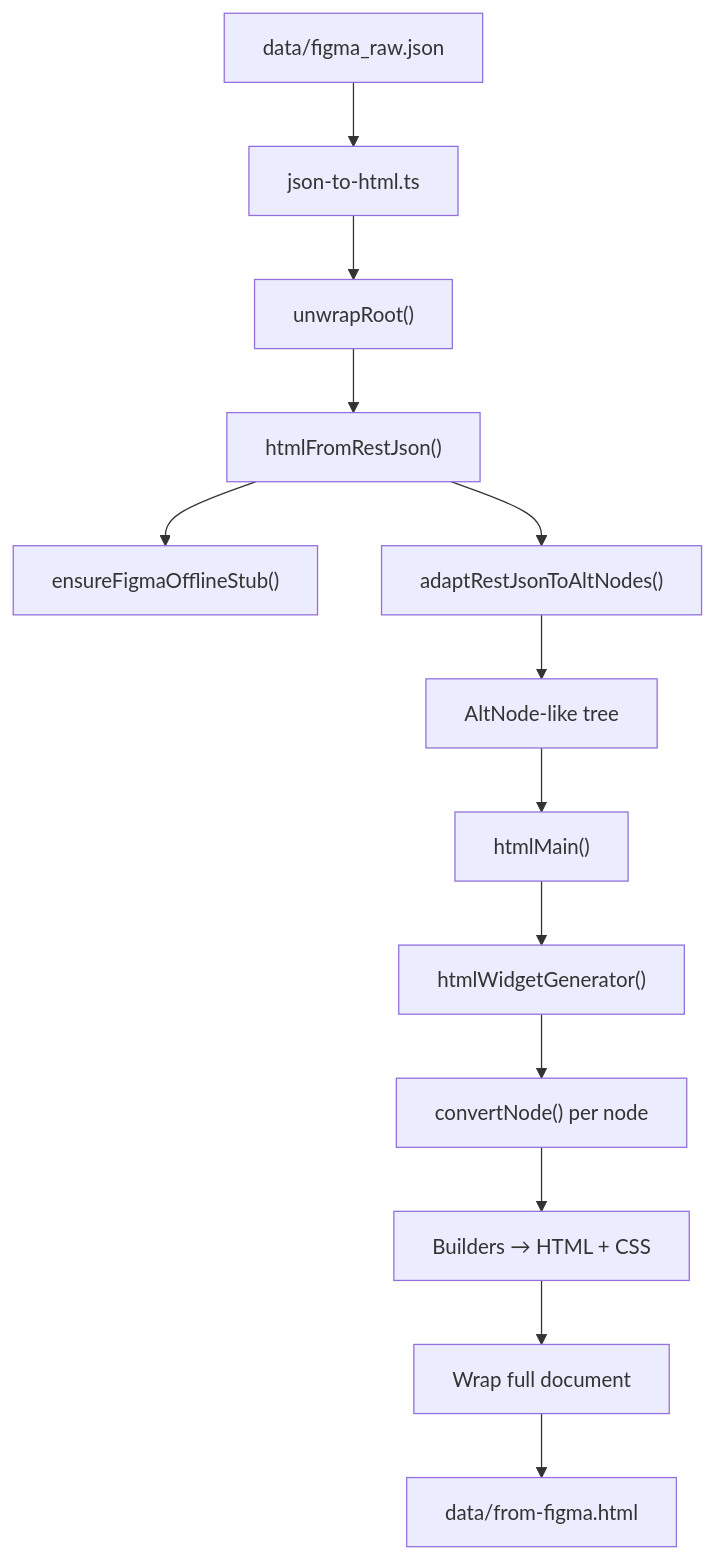
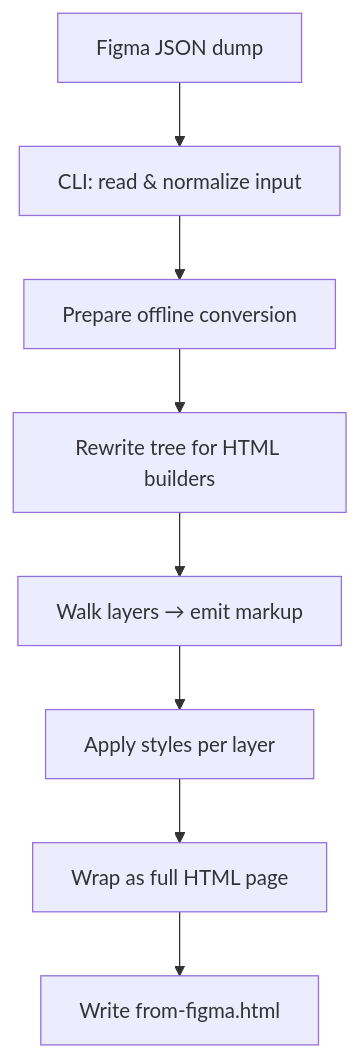
The first of 4 diagrams in tools/figma-layout/README.md (CodeByStella/FIGMA2CODE), drawn with Mermaid before and after one commit. The commit also changed other lines of this file, not shown here.

````diff
--- a/tools/figma-layout/README.md
+++ b/tools/figma-layout/README.md
@@ -138,15 +138,10 @@
 ```mermaid
 flowchart TD
-  A["data/figma_raw.json"] --> B["json-to-html.ts"]
-  B --> C["unwrapRoot()"]
-  C --> D["htmlFromRestJson()"]
-  D --> E["ensureFigmaOfflineStub()"]
-  D --> F["adaptRestJsonToAltNodes()"]
-  F --> G["AltNode-like tree"]
-  G --> H["htmlMain()"]
-  H --> I["htmlWidgetGenerator()"]
-  I --> J["convertNode() per node"]
-  J --> K["Builders → HTML + CSS"]
-  K --> L["Wrap full document"]
-  L --> M["data/from-figma.html"]
+  A["Figma JSON dump"] --> B["CLI: read & normalize input"]
+  B --> C["Prepare offline conversion"]
+  C --> D["Rewrite tree for HTML builders"]
+  D --> E["Walk layers → emit markup"]
+  E --> F["Apply styles per layer"]
+  F --> G["Wrap as full HTML page"]
+  G --> H["Write from-figma.html"]
 ```
````
